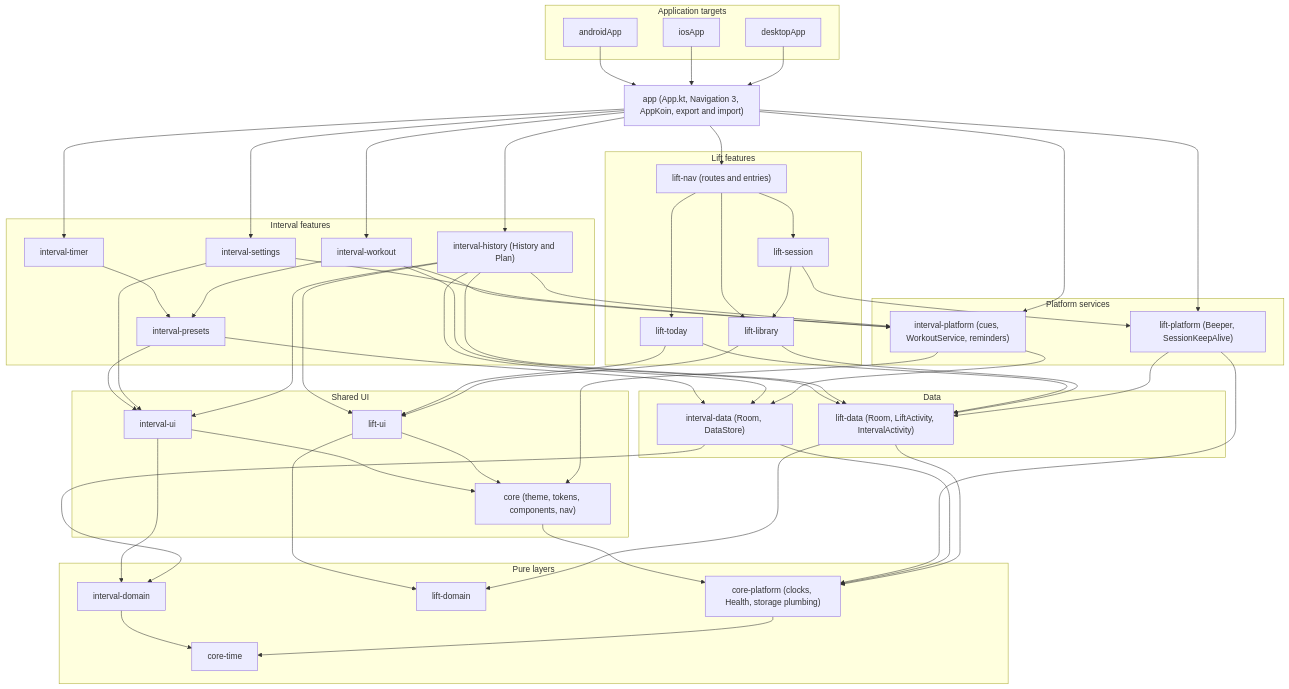
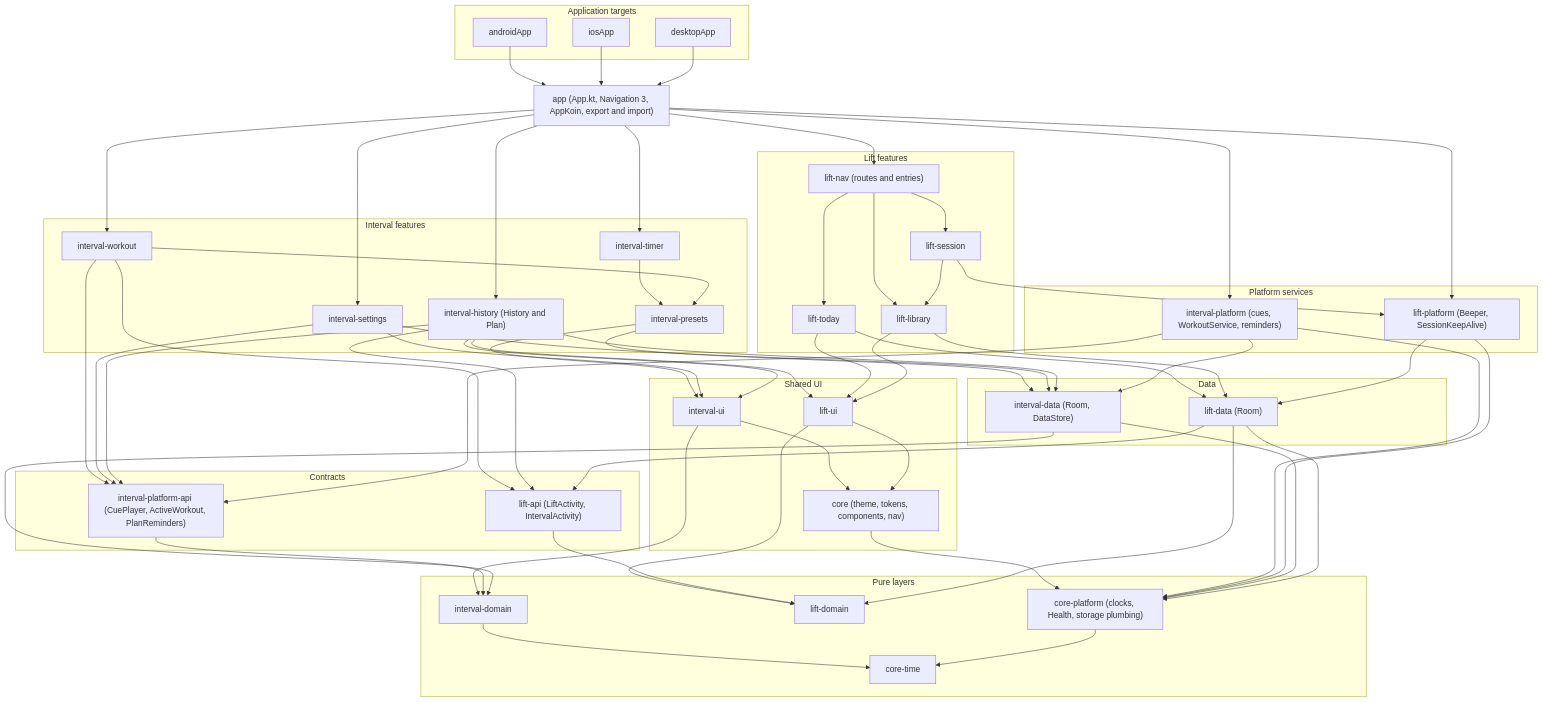
Before and after one commit to smithjustinn84-netizen/interval: the first of 2 diagrams in docs/architecture.md, drawn with Mermaid. The commit also changed other lines of this file and 22 other files, not shown here.

Commit message:
Architecture: interval-platform-api and lift-api; the workout's notification coloured in ARGB (G2, G3)

```diff
--- a/docs/architecture.md
+++ b/docs/architecture.md
@@ -52,7 +52,12 @@
 
     subgraph Data ["Data"]
         IntervalData["interval-data (Room, DataStore)"]
-        LiftData["lift-data (Room, LiftActivity, IntervalActivity)"]
+        LiftData["lift-data (Room)"]
+    end
+
+    subgraph Api ["Contracts"]
+        IntervalPlatformApi["interval-platform-api (CuePlayer, ActiveWorkout, PlanReminders)"]
+        LiftApi["lift-api (LiftActivity, IntervalActivity)"]
     end
 
     subgraph Pure ["Pure layers"]
@@ -76,16 +81,17 @@
 
     Timer --> Presets
     Workout --> Presets
-    Workout --> IntervalPlatform
-    Workout --> LiftData
+    Workout --> IntervalPlatformApi
+    Workout --> LiftApi
     Presets --> IntervalData
     Presets --> IntervalUI
-    Settings --> IntervalPlatform
+    Settings --> IntervalData
+    Settings --> IntervalPlatformApi
     Settings --> IntervalUI
     History --> IntervalData
     History --> IntervalUI
-    History --> IntervalPlatform
-    History --> LiftData
+    History --> IntervalPlatformApi
+    History --> LiftApi
     History --> LiftUI
 
     LiftNav --> LiftToday
@@ -104,8 +110,12 @@
     LiftUI --> LiftDomain
     Core --> CorePlatform
 
+    IntervalPlatform --> IntervalPlatformApi
     IntervalPlatform --> IntervalData
-    IntervalPlatform --> Core
+    IntervalPlatform --> CorePlatform
+    IntervalPlatformApi --> IntervalDomain
+    LiftData --> LiftApi
+    LiftApi --> LiftDomain
     LiftPlatform --> LiftData
     LiftPlatform --> CorePlatform
 
```
